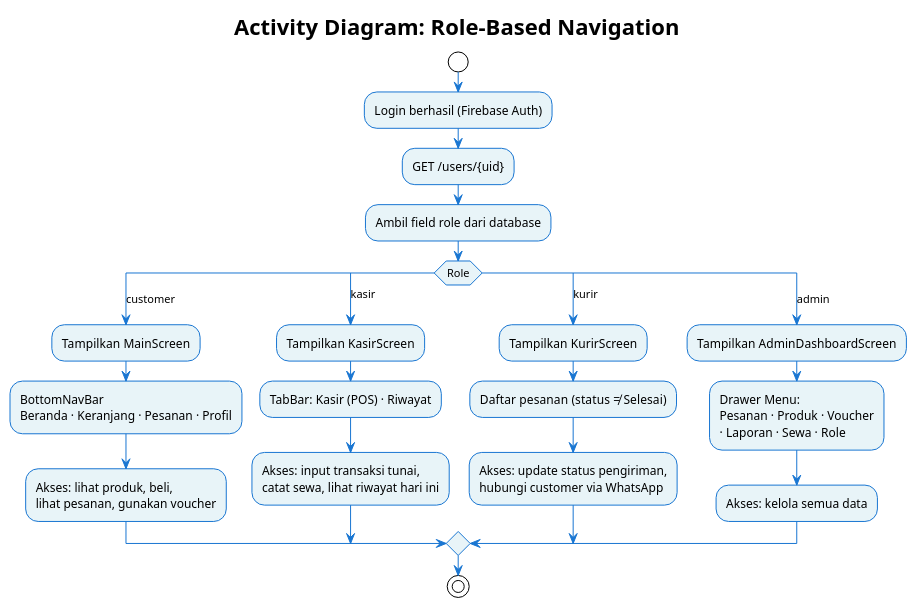
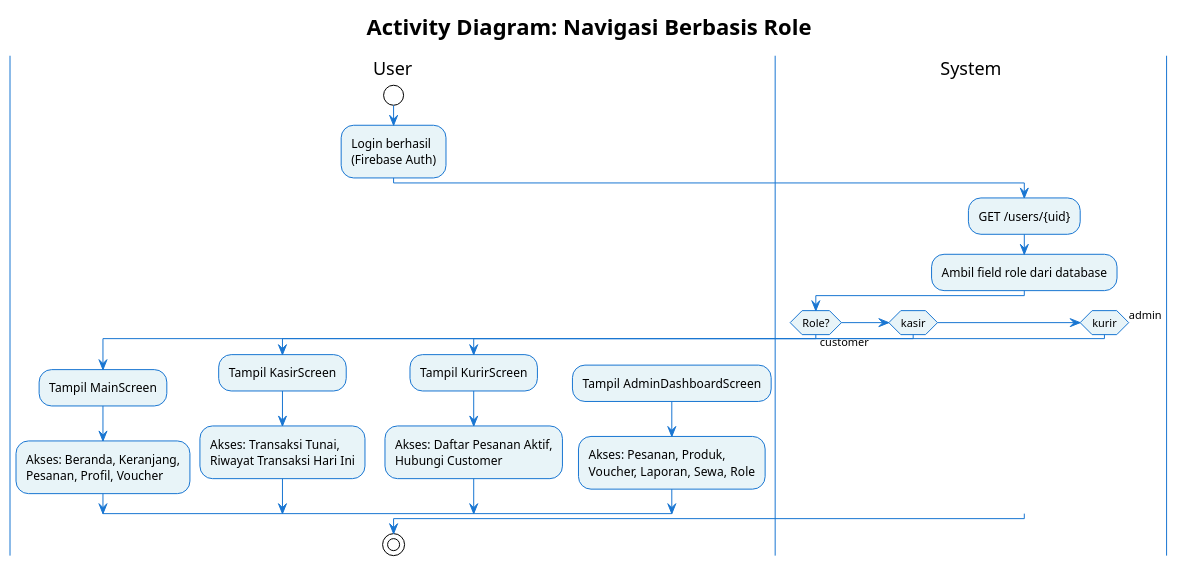
Before and after one commit to IlhamMaulana13/Project3-SitemApkOrderGalon: the diagram in diagrams/activity/12_role_based_navigation_activity.puml, drawn with PlantUML. The commit also changed 11 other files, not shown here.

```diff
--- a/diagrams/activity/12_role_based_navigation_activity.puml
+++ b/diagrams/activity/12_role_based_navigation_activity.puml
@@ -1,36 +1,39 @@
 @startuml AD_Role_Based_Navigation
 !theme plain
-title Activity Diagram: Role-Based Navigation
+title Activity Diagram: Navigasi Berbasis Role
 skinparam ArrowColor #1976D2
 skinparam ActivityBackgroundColor #E8F4F8
 skinparam ActivityBorderColor #1976D2
+skinparam SwimlaneBorderColor #1976D2
 
+|User|
 start
-:Login berhasil (Firebase Auth);
+:Login berhasil\n(Firebase Auth);
+
+|System|
 :GET /users/{uid};
 :Ambil field role dari database;
 
-switch (Role)
-case (customer)
-    :Tampilkan MainScreen;
-    :BottomNavBar\nBeranda · Keranjang · Pesanan · Profil;
-    :Akses: lihat produk, beli,\nlihat pesanan, gunakan voucher;
+if (Role?) then (customer)
+    |User|
+    :Tampil MainScreen;
+    :Akses: Beranda, Keranjang,\nPesanan, Profil, Voucher;
 
-case (kasir)
-    :Tampilkan KasirScreen;
-    :TabBar: Kasir (POS) · Riwayat;
-    :Akses: input transaksi tunai,\ncatat sewa, lihat riwayat hari ini;
+elseif (kasir) then
+    |User|
+    :Tampil KasirScreen;
+    :Akses: Transaksi Tunai,\nRiwayat Transaksi Hari Ini;
 
-case (kurir)
-    :Tampilkan KurirScreen;
-    :Daftar pesanan (status ≠ Selesai);
-    :Akses: update status pengiriman,\nhubungi customer via WhatsApp;
+elseif (kurir) then
+    |User|
+    :Tampil KurirScreen;
+    :Akses: Daftar Pesanan Aktif,\nHubungi Customer;
 
-case (admin)
-    :Tampilkan AdminDashboardScreen;
-    :Drawer Menu:\nPesanan · Produk · Voucher\n· Laporan · Sewa · Role;
-    :Akses: kelola semua data;
-endswitch
+else (admin)
+    |User|
+    :Tampil AdminDashboardScreen;
+    :Akses: Pesanan, Produk,\nVoucher, Laporan, Sewa, Role;
+endif
 
 stop
 @enduml
```
